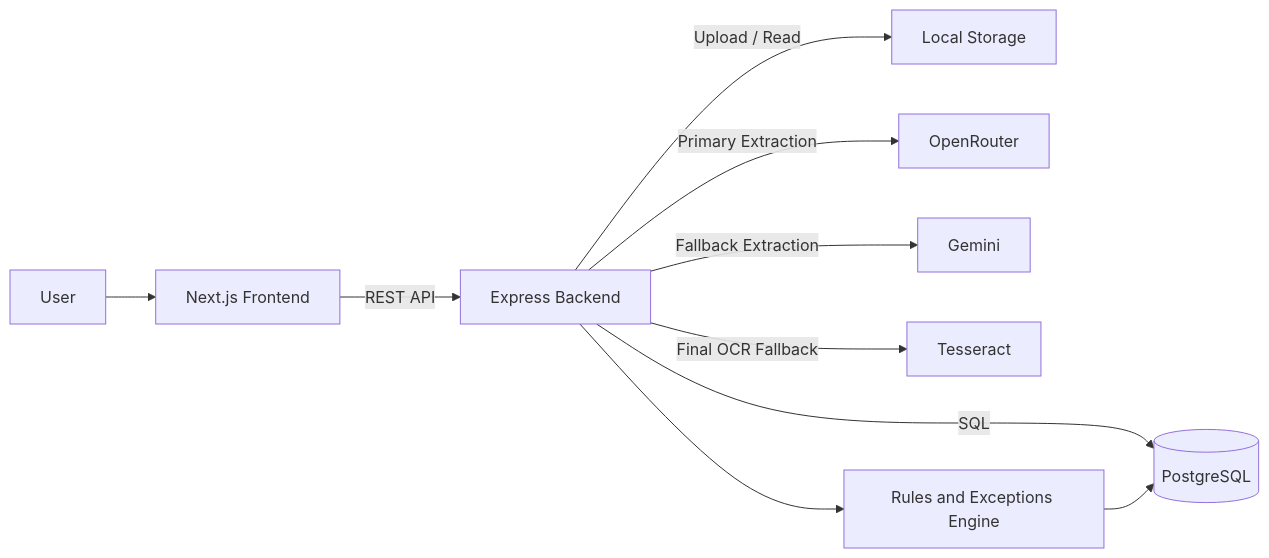
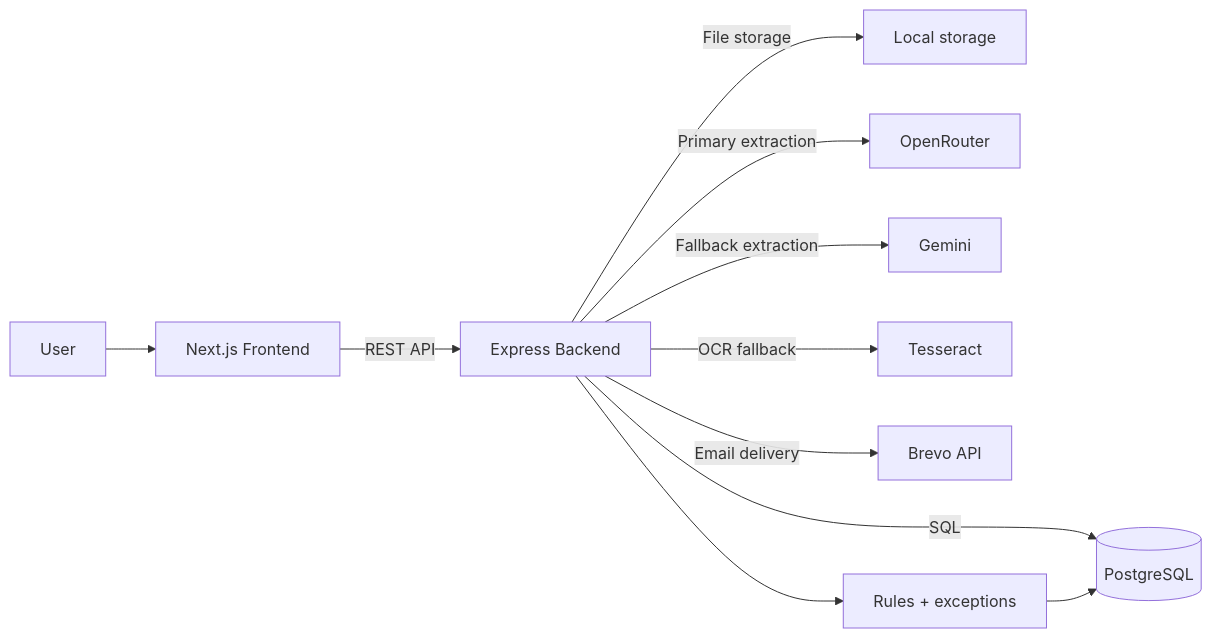
The first of 2 diagrams in README.md (dushyant4665/receiptmind), drawn with Mermaid before and after one commit. The commit also changed other lines of this file and 22 other files, not shown here.

````diff
--- a/README.md
+++ b/README.md
@@ -11,12 +7,13 @@
 ```mermaid
 flowchart LR
     U[User] --> F[Next.js Frontend]
     F -->|REST API| B[Express Backend]
     B -->|SQL| D[(PostgreSQL)]
-    B -->|Upload / Read| S[Local Storage]
-    B -->|Primary Extraction| O[OpenRouter]
-    B -->|Fallback Extraction| G[Gemini]
-    B -->|Final OCR Fallback| T[Tesseract]
-    B --> E[Rules and Exceptions Engine]
-    E --> D
+    B -->|File storage| S[Local storage]
+    B -->|Primary extraction| O[OpenRouter]
+    B -->|Fallback extraction| G[Gemini]
+    B -->|OCR fallback| T[Tesseract]
+    B -->|Email delivery| M[Brevo API]
+    B --> R[Rules + exceptions]
+    R --> D
 ```
````
